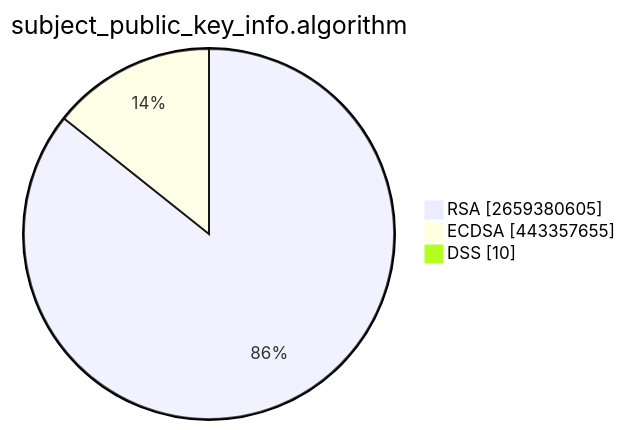
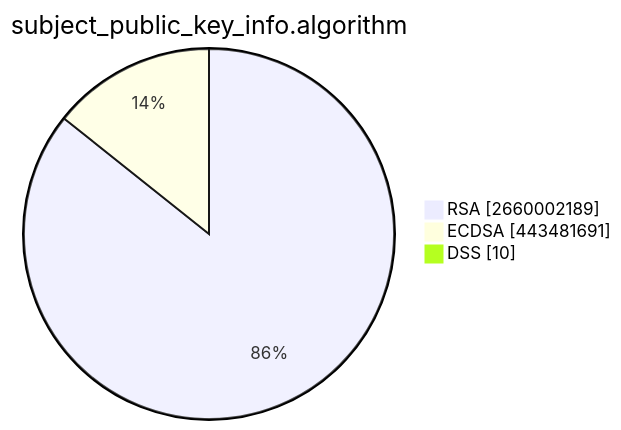
The second of 15 diagrams in TOTAL/README.md (christiankrug/ctmonitor_visualization), drawn with Mermaid before and after one commit. The commit also changed other lines of this file, not shown here.

````diff
--- a/TOTAL/README.md
+++ b/TOTAL/README.md
@@ -6,7 +6,7 @@
 ```mermaid
 pie showData
 title subject_public_key_info.algorithm
-"RSA" :2659380605
-"ECDSA" :443357655
+"RSA" :2660002189
+"ECDSA" :443481691
 "DSS" :10
 ```
````
